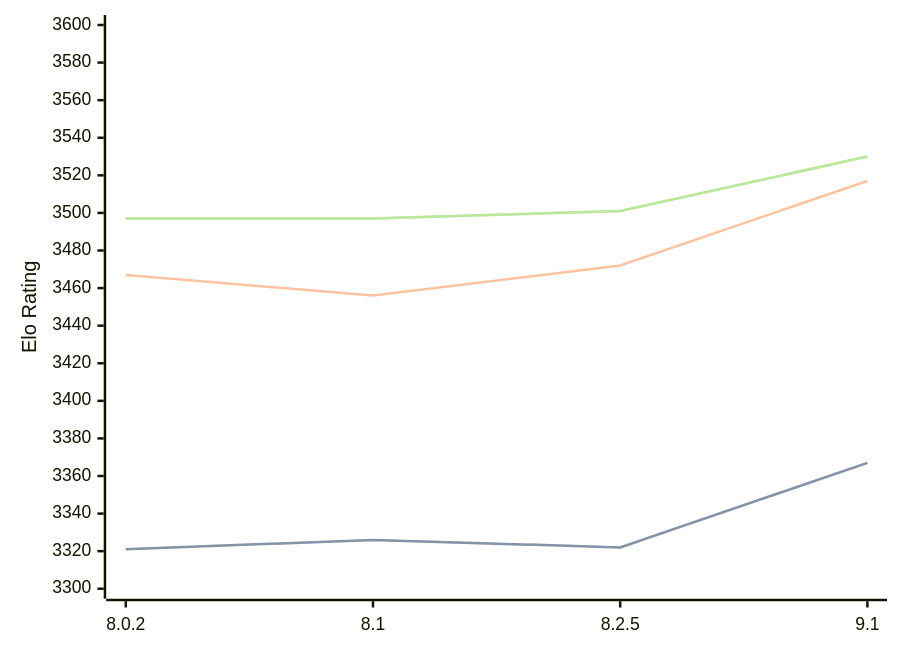
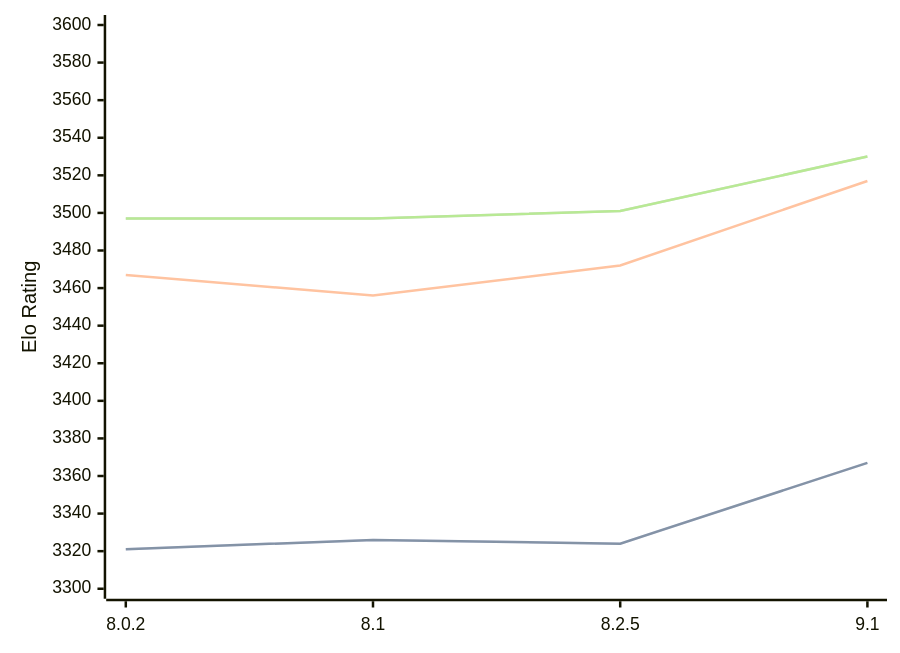
One commit to computer-chess-index/cci changed the first of 3 diagrams in engines/Clover.md. Above: the diagram before and after it, drawn with Mermaid. The commit also changed other lines of this file, not shown here.

````diff
--- a/engines/Clover.md
+++ b/engines/Clover.md
@@ -64,11 +64,11 @@
 ```mermaid
 %%{init: {"theme":"base","themeVariables":{"seriesColors:['#a3a3a3','#222221','#faa371']}}}%%
 xychart-beta
   x-axis ["8.0.2", "8.1", "8.2.5", "9.1"]
   y-axis "Elo Rating" 3300 --> 3600
-  line "STC (8.0+0.08s)" [3321, 3326, 3322, 3367]
-  line "STC (8.0+0.08s)" [3321, 3326, 3322, 3367]
+  line "STC (8.0+0.08s)" [3321, 3326, 3324, 3367]
+  line "STC (8.0+0.08s)" [3321, 3326, 3324, 3367]
   line "LTC (60.0+0.60s)" [3467, 3456, 3472, 3517]
   line "VLTC (2m24s+1.12s)" [3497, 3497, 3501, 3530]
   line "VLTC (2m24s+1.12s)" [3497, 3497, 3501, 3530]
 ```
````
